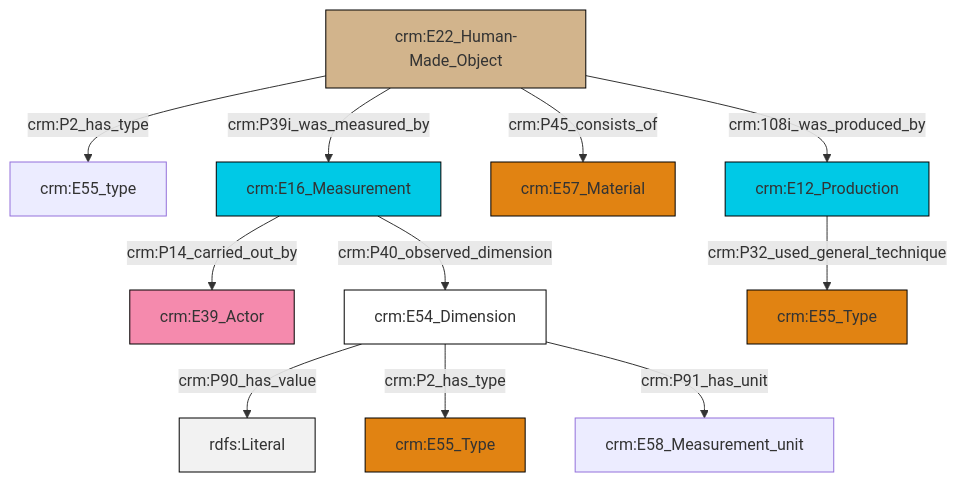
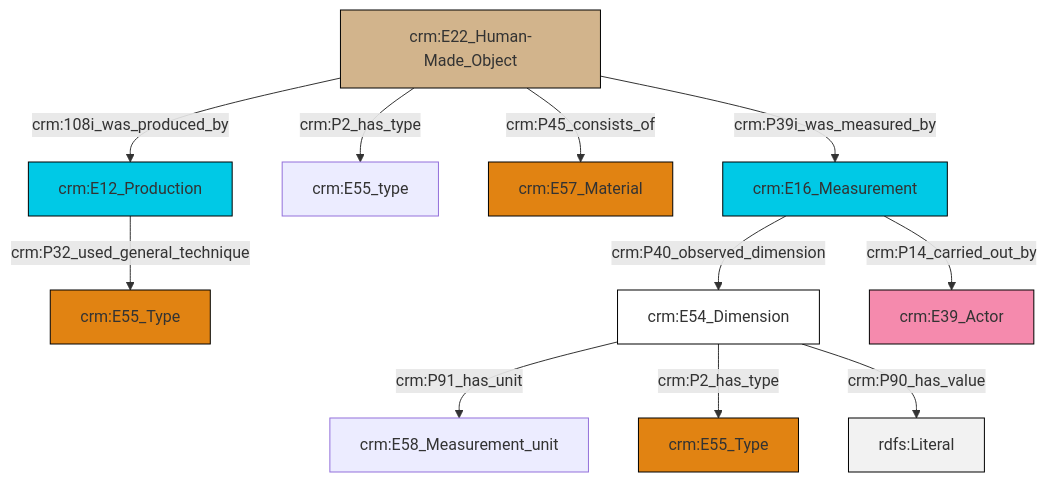
The diagram in et/artworkCSV/ttl/mmd/Artwork_substance.ttl.mmd (swiss-art-research-net/reference-data-models), drawn with Mermaid before and after one commit. The commit also changed 124 other files, not shown here.

```diff
--- a/et/artworkCSV/ttl/mmd/Artwork_substance.ttl.mmd
+++ b/et/artworkCSV/ttl/mmd/Artwork_substance.ttl.mmd
@@ -1,25 +1,25 @@
 graph TD
 classDef Literal fill:#f2f2f2,stroke:#000000;
 classDef CRM_Entity fill:#FFFFFF,stroke:#000000;
 classDef Temporal_Entity fill:#00C9E6, stroke:#000000;
 classDef Type fill:#E18312, stroke:#000000;
 classDef Time-Span fill:#2C9C91, stroke:#000000;
 classDef Appellation fill:#FFEB7F, stroke:#000000;
 classDef Place fill:#008836, stroke:#000000;
 classDef Persistent_Item fill:#B266B2, stroke:#000000;
 classDef Conceptual_Object fill:#FFD700, stroke:#000000;
 classDef Physical_Thing fill:#D2B48C, stroke:#000000;
 classDef Actor fill:#f58aad, stroke:#000000;
 classDef PC_Classes fill:#4ce600, stroke:#000000;
 classDef Multi fill:#cccccc,stroke:#000000;
 
-4["crm:E16_Measurement"]:::Temporal_Entity -->|crm:P14_carried_out_by| 5["crm:E39_Actor"]:::Actor
-6["crm:E22_Human-Made_Object"]:::Physical_Thing -->|crm:P2_has_type| 7["crm:E55_type"]:::Default
-12["crm:E54_Dimension"]:::CRM_Entity -->|crm:P90_has_value| 13[rdfs:Literal]:::Literal
-6["crm:E22_Human-Made_Object"]:::Physical_Thing -->|crm:P39i_was_measured_by| 4["crm:E16_Measurement"]:::Temporal_Entity
-6["crm:E22_Human-Made_Object"]:::Physical_Thing -->|crm:P45_consists_of| 2["crm:E57_Material"]:::Type
-12["crm:E54_Dimension"]:::CRM_Entity -->|crm:P2_has_type| 0["crm:E55_Type"]:::Type
-6["crm:E22_Human-Made_Object"]:::Physical_Thing -->|crm:108i_was_produced_by| 15["crm:E12_Production"]:::Temporal_Entity
-12["crm:E54_Dimension"]:::CRM_Entity -->|crm:P91_has_unit| 8["crm:E58_Measurement_unit"]:::Default
-15["crm:E12_Production"]:::Temporal_Entity -->|crm:P32_used_general_technique| 10["crm:E55_Type"]:::Type
-4["crm:E16_Measurement"]:::Temporal_Entity -->|crm:P40_observed_dimension| 12["crm:E54_Dimension"]:::CRM_Entity
+0["crm:E12_Production"]:::Temporal_Entity -->|crm:P32_used_general_technique| 1["crm:E55_Type"]:::Type
+8["crm:E22_Human-Made_Object"]:::Physical_Thing -->|crm:108i_was_produced_by| 0["crm:E12_Production"]:::Temporal_Entity
+8["crm:E22_Human-Made_Object"]:::Physical_Thing -->|crm:P39i_was_measured_by| 9["crm:E16_Measurement"]:::Temporal_Entity
+8["crm:E22_Human-Made_Object"]:::Physical_Thing -->|crm:P2_has_type| 4["crm:E55_type"]:::Default
+9["crm:E16_Measurement"]:::Temporal_Entity -->|crm:P14_carried_out_by| 15["crm:E39_Actor"]:::Actor
+8["crm:E22_Human-Made_Object"]:::Physical_Thing -->|crm:P45_consists_of| 6["crm:E57_Material"]:::Type
+10["crm:E54_Dimension"]:::CRM_Entity -->|crm:P91_has_unit| 2["crm:E58_Measurement_unit"]:::Default
+10["crm:E54_Dimension"]:::CRM_Entity -->|crm:P2_has_type| 13["crm:E55_Type"]:::Type
+9["crm:E16_Measurement"]:::Temporal_Entity -->|crm:P40_observed_dimension| 10["crm:E54_Dimension"]:::CRM_Entity
+10["crm:E54_Dimension"]:::CRM_Entity -->|crm:P90_has_value| 20[rdfs:Literal]:::Literal
```
